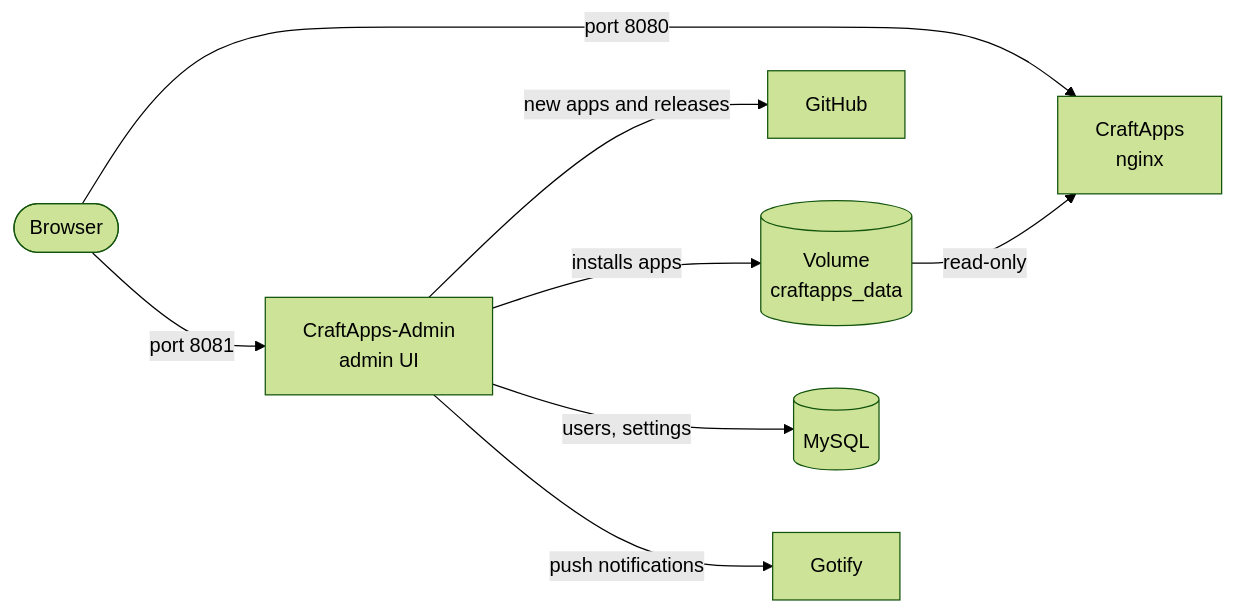
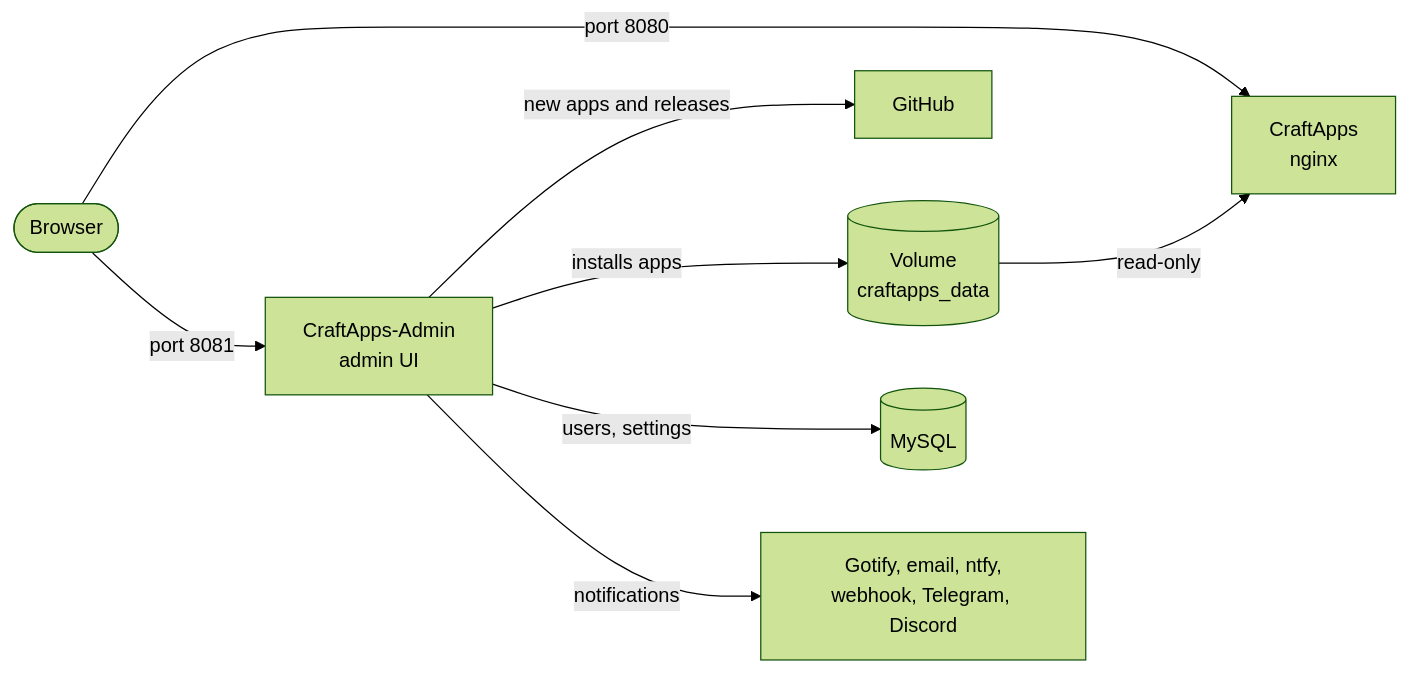
The second of 4 diagrams in README.md (Pr0gh4nt3r/CraftApps), drawn with Mermaid (forest theme) before and after one commit. The commit also changed other lines of this file and 39 other files, not shown here.

Commit message:
feat(#2): add notification channels with email, ntfy, webhook, telegram and discord

````diff
--- a/README.md
+++ b/README.md
@@ -86,10 +87,10 @@
 ```mermaid
 flowchart LR
   browser(["Browser"]) -->|"port 8080"| web["CraftApps<br/>nginx"]
   browser -->|"port 8081"| admin["CraftApps-Admin<br/>admin UI"]
   admin -->|"new apps and releases"| github["GitHub"]
   admin -->|"installs apps"| data[("Volume<br/>craftapps_data")]
   data -->|"read-only"| web
   admin -->|"users, settings"| mysql[("MySQL")]
-  admin -->|"push notifications"| gotify["Gotify"]
+  admin -->|"notifications"| notify["Gotify, email, ntfy,<br/>webhook, Telegram, Discord"]
 ```
````
